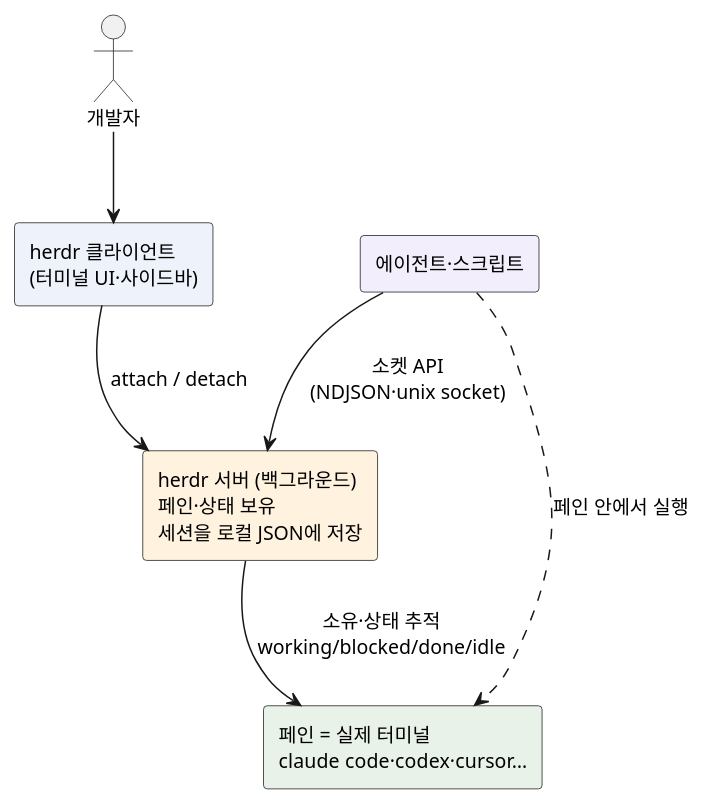
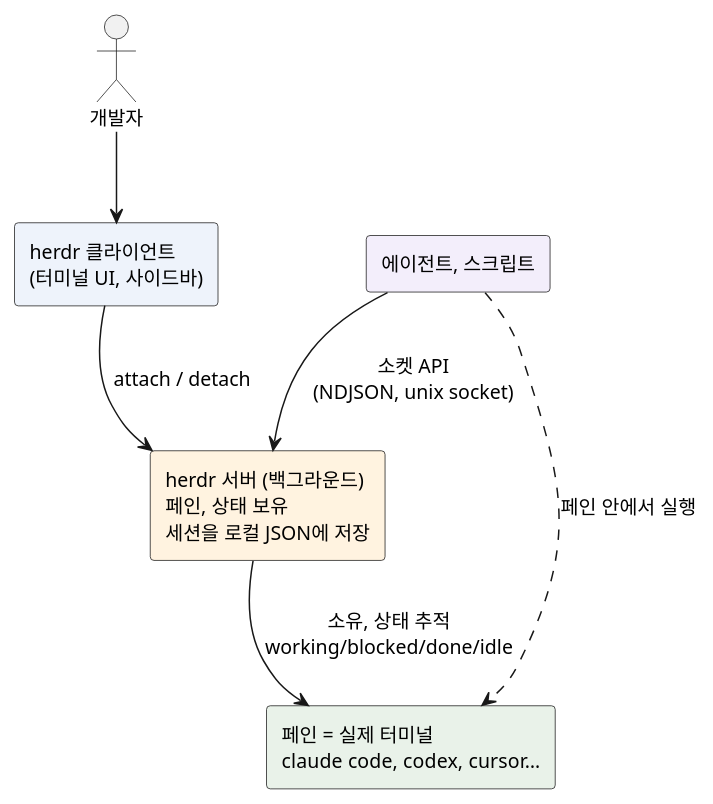
Before and after one commit to johnycho/johny-dev: the diagram in blog/2026-10-13-herdr-agent-terminal-multiplexer.mdx, drawn with PlantUML. The commit also changed other lines of this file and 188 other files, not shown here.

````diff
--- a/blog/2026-10-13-herdr-agent-terminal-multiplexer.mdx
+++ b/blog/2026-10-13-herdr-agent-terminal-multiplexer.mdx
@@ -34,20 +34,20 @@
 ```plantuml
 @startuml
 skinparam defaultFontName sans-serif
 skinparam shadowing false
 skinparam rectangleFontSize 13
 skinparam actorFontSize 13
 
 actor 개발자 as dev
-rectangle "herdr 클라이언트\n(터미널 UI·사이드바)" as client #EEF3FB
-rectangle "herdr 서버 (백그라운드)\n페인·상태 보유\n세션을 로컬 JSON에 저장" as server #FFF3E0
-rectangle "페인 = 실제 터미널\nclaude code·codex·cursor…" as pane #E9F2E9
-rectangle "에이전트·스크립트" as agent #F3EEFB
+rectangle "herdr 클라이언트\n(터미널 UI, 사이드바)" as client #EEF3FB
+rectangle "herdr 서버 (백그라운드)\n페인, 상태 보유\n세션을 로컬 JSON에 저장" as server #FFF3E0
+rectangle "페인 = 실제 터미널\nclaude code, codex, cursor…" as pane #E9F2E9
+rectangle "에이전트, 스크립트" as agent #F3EEFB
 
 dev --> client
 client --> server : attach / detach
-server --> pane : 소유·상태 추적\nworking/blocked/done/idle
-agent --> server : 소켓 API\n(NDJSON·unix socket)
+server --> pane : 소유, 상태 추적\nworking/blocked/done/idle
+agent --> server : 소켓 API\n(NDJSON, unix socket)
 agent ..> pane : 페인 안에서 실행
 @enduml
 ```
````
